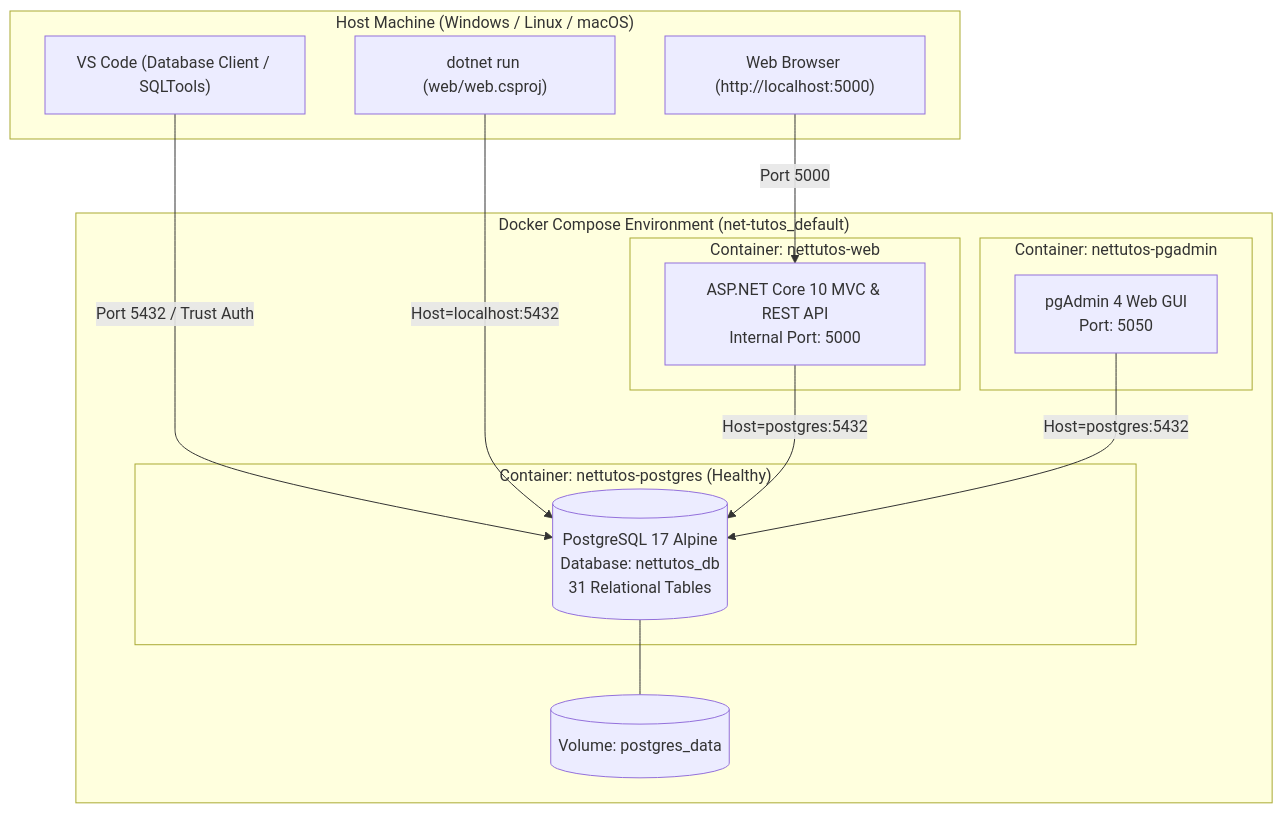
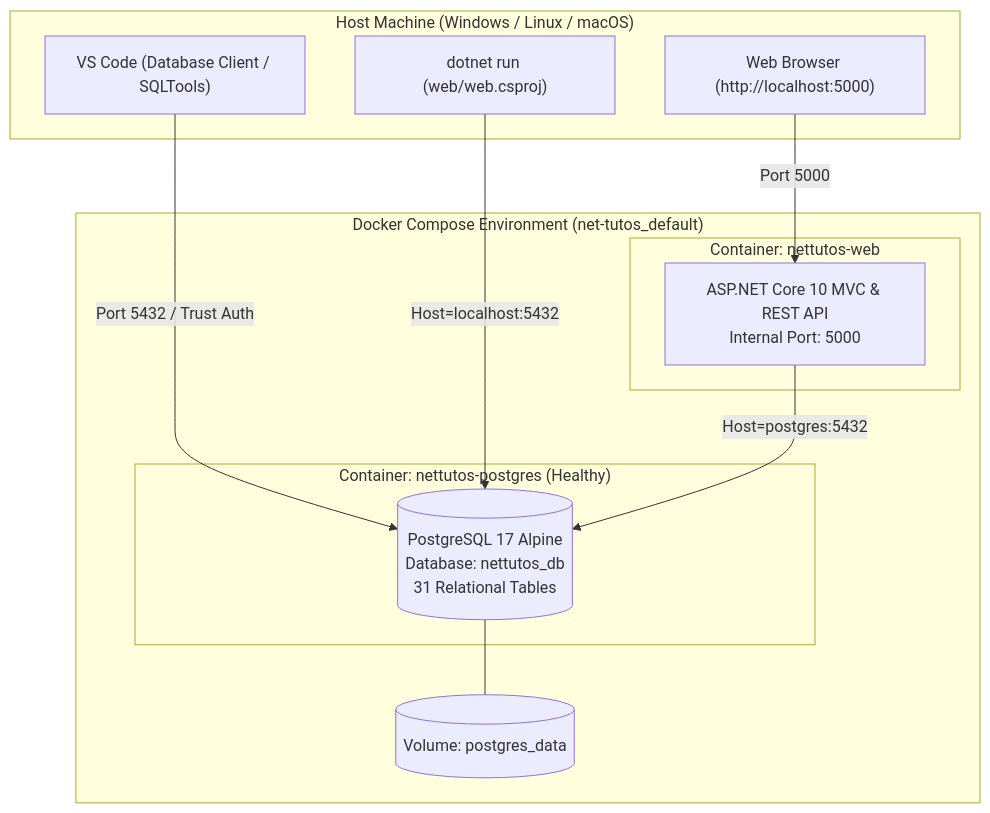
Before and after one commit to KaitoDeus/NET-Tutos: the diagram in docs/07_docker_and_database_setup.md, drawn with Mermaid. The commit also changed other lines of this file and 5 other files, not shown here.

````diff
--- a/docs/07_docker_and_database_setup.md
+++ b/docs/07_docker_and_database_setup.md
@@ -17,31 +17,26 @@
 ```mermaid
 graph TD
     subgraph HostMachine ["Host Machine (Windows / Linux / macOS)"]
         VSCode["VS Code (Database Client / SQLTools)"]
         DotnetLocal["dotnet run (web/web.csproj)"]
         Browser["Web Browser (http://localhost:5000)"]
     end
 
     subgraph DockerCompose ["Docker Compose Environment (net-tutos_default)"]
         subgraph WebContainer ["Container: nettutos-web"]
             WebApp["ASP.NET Core 10 MVC & REST API<br/>Internal Port: 5000"]
         end
 
         subgraph PostgresContainer ["Container: nettutos-postgres (Healthy)"]
             PostgresDB[("PostgreSQL 17 Alpine<br/>Database: nettutos_db<br/>31 Relational Tables")]
         end
 
-        subgraph PgAdminContainer ["Container: nettutos-pgadmin"]
-            PgAdmin["pgAdmin 4 Web GUI<br/>Port: 5050"]
-        end
-
         Volume[("Volume: postgres_data")]
     end
 
     Browser -->|Port 5000| WebApp
     VSCode -->|Port 5432 / Trust Auth| PostgresDB
     DotnetLocal -->|Host=localhost:5432| PostgresDB
     WebApp -->|Host=postgres:5432| PostgresDB
-    PgAdmin -->|Host=postgres:5432| PostgresDB
     PostgresDB --- Volume
 ```
````
